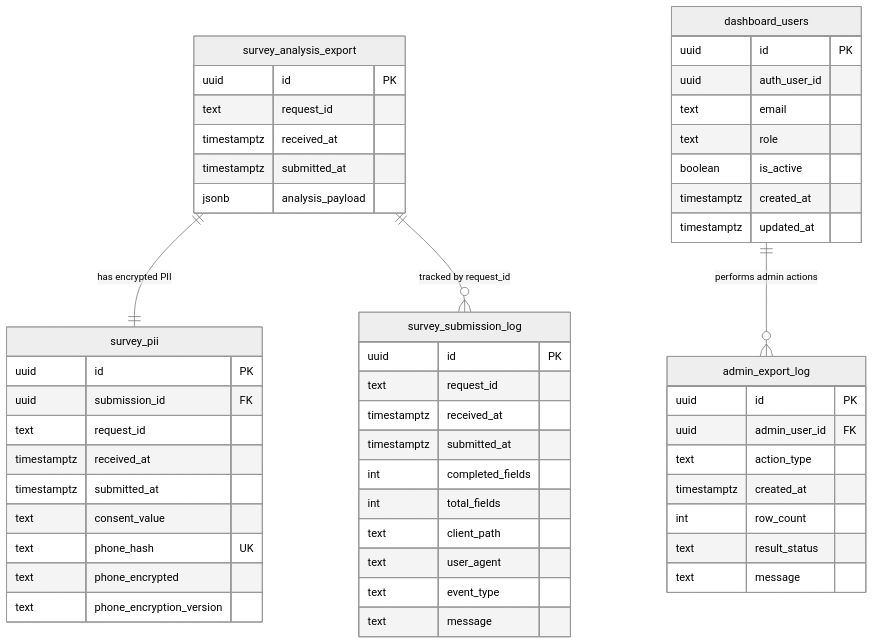
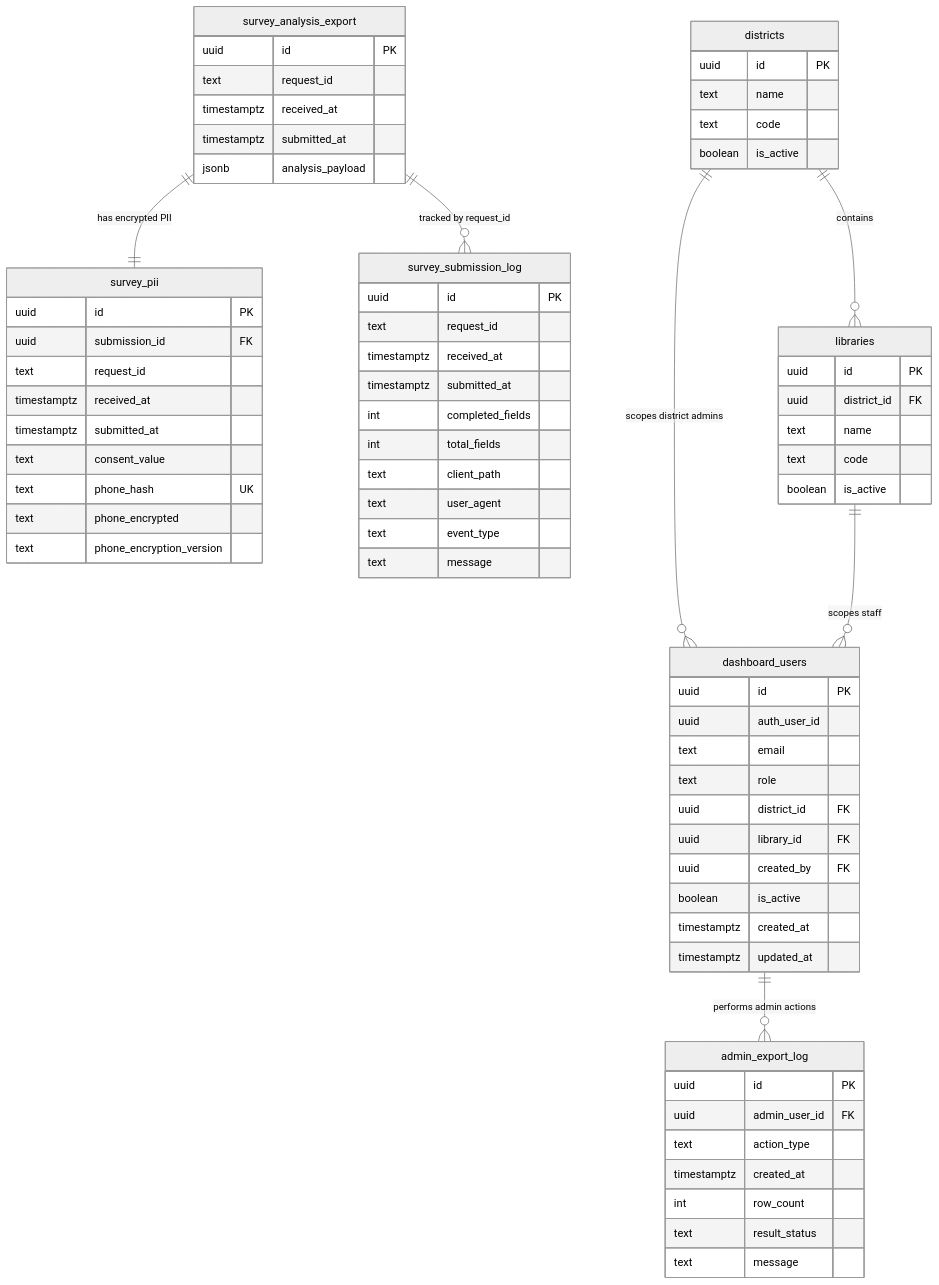
Before and after one commit to FiveEastRoot/LIBanalysis_2026_survey: the third of 5 diagrams in docs/survey-form-storage-architecture.md, drawn with Mermaid (neutral theme). The commit also changed other lines of this file and 1 other file, not shown here.

Commit message:
Refine dashboard role data access model

````diff
--- a/docs/survey-form-storage-architecture.md
+++ b/docs/survey-form-storage-architecture.md
@@ -118,59 +128,80 @@
 ```mermaid
 erDiagram
     survey_analysis_export {
         uuid id PK
         text request_id
         timestamptz received_at
         timestamptz submitted_at
         jsonb analysis_payload
     }
 
     survey_pii {
         uuid id PK
         uuid submission_id FK
         text request_id
         timestamptz received_at
         timestamptz submitted_at
         text consent_value
         text phone_hash UK
         text phone_encrypted
         text phone_encryption_version
     }
 
     survey_submission_log {
         uuid id PK
         text request_id
         timestamptz received_at
         timestamptz submitted_at
         int completed_fields
         int total_fields
         text client_path
         text user_agent
         text event_type
         text message
     }
 
     dashboard_users {
         uuid id PK
         uuid auth_user_id
         text email
         text role
+        uuid district_id FK
+        uuid library_id FK
+        uuid created_by FK
         boolean is_active
         timestamptz created_at
         timestamptz updated_at
+    }
+
+    districts {
+        uuid id PK
+        text name
+        text code
+        boolean is_active
+    }
+
+    libraries {
+        uuid id PK
+        uuid district_id FK
+        text name
+        text code
+        boolean is_active
     }
 
     admin_export_log {
         uuid id PK
         uuid admin_user_id FK
         text action_type
         timestamptz created_at
         int row_count
         text result_status
         text message
     }
 
     survey_analysis_export ||--|| survey_pii : "has encrypted PII"
     survey_analysis_export ||--o{ survey_submission_log : "tracked by request_id"
+    districts ||--o{ libraries : "contains"
+    districts ||--o{ dashboard_users : "scopes district admins"
+    libraries ||--o{ dashboard_users : "scopes staff"
     dashboard_users ||--o{ admin_export_log : "performs admin actions"
 ```
````
